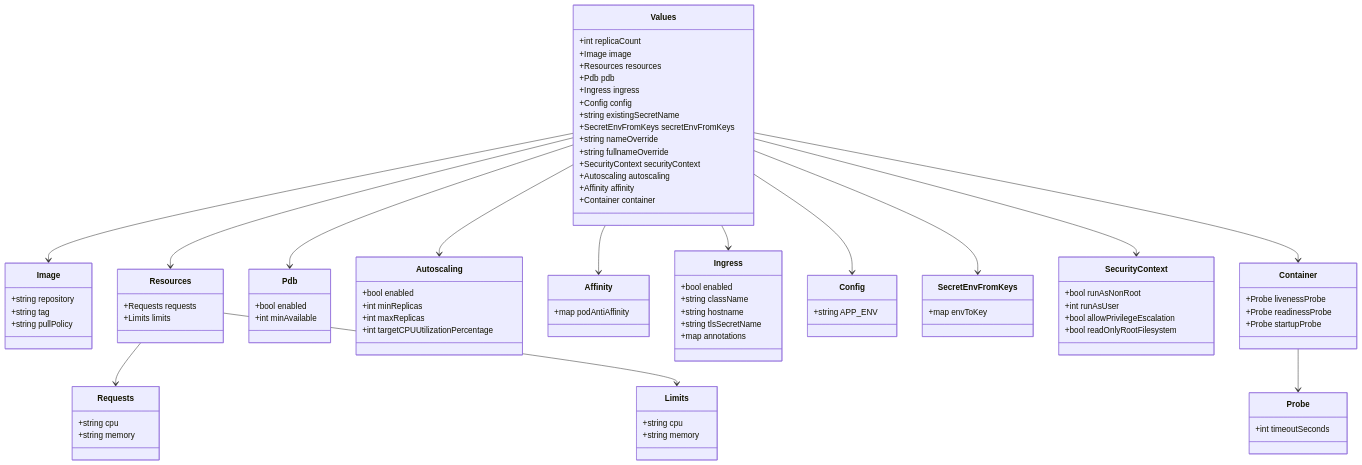
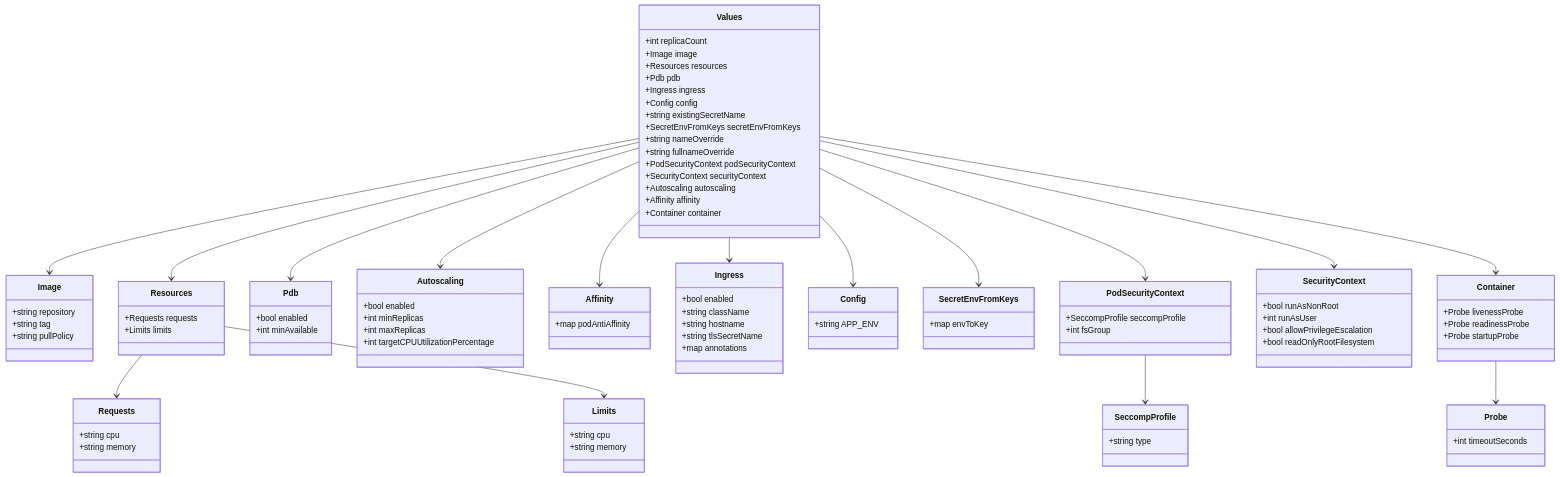
One commit to leynos/wildside changed the second of 4 diagrams in docs/repository-structure.md. Above: the diagram before and after it, drawn with Mermaid. The commit also changed other lines of this file and 4 other files, not shown here.

Commit message:
Add pod security context and gate ingress class

````diff
--- a/docs/repository-structure.md
+++ b/docs/repository-structure.md
@@ -138,6 +138,7 @@
       +SecretEnvFromKeys secretEnvFromKeys
       +string nameOverride
       +string fullnameOverride
+      +PodSecurityContext podSecurityContext
       +SecurityContext securityContext
       +Autoscaling autoscaling
       +Affinity affinity
@@ -186,6 +187,13 @@
     class SecretEnvFromKeys {
       +map<string,string> envToKey
     }
+    class PodSecurityContext {
+      +SeccompProfile seccompProfile
+      +int fsGroup
+    }
+    class SeccompProfile {
+      +string type
+    }
     class SecurityContext {
       +bool runAsNonRoot
       +int runAsUser
@@ -208,9 +216,11 @@
     Values --> Ingress
     Values --> Config
     Values --> SecretEnvFromKeys
+    Values --> PodSecurityContext
     Values --> SecurityContext
     Values --> Autoscaling
     Values --> Affinity
     Values --> Container
+    PodSecurityContext --> SeccompProfile
     Container --> Probe
 ```
````
